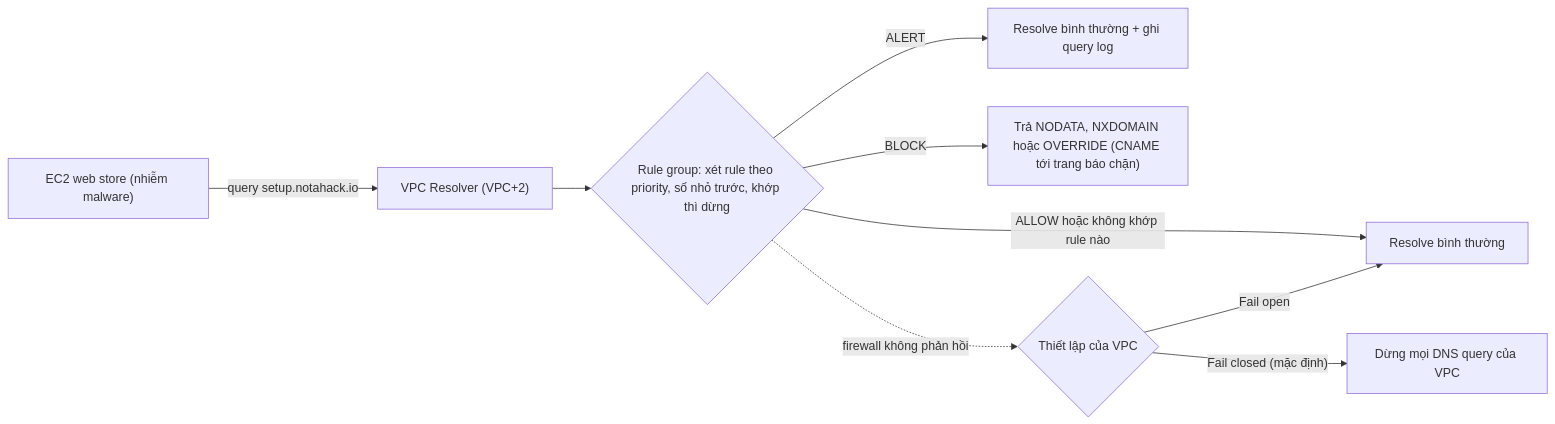
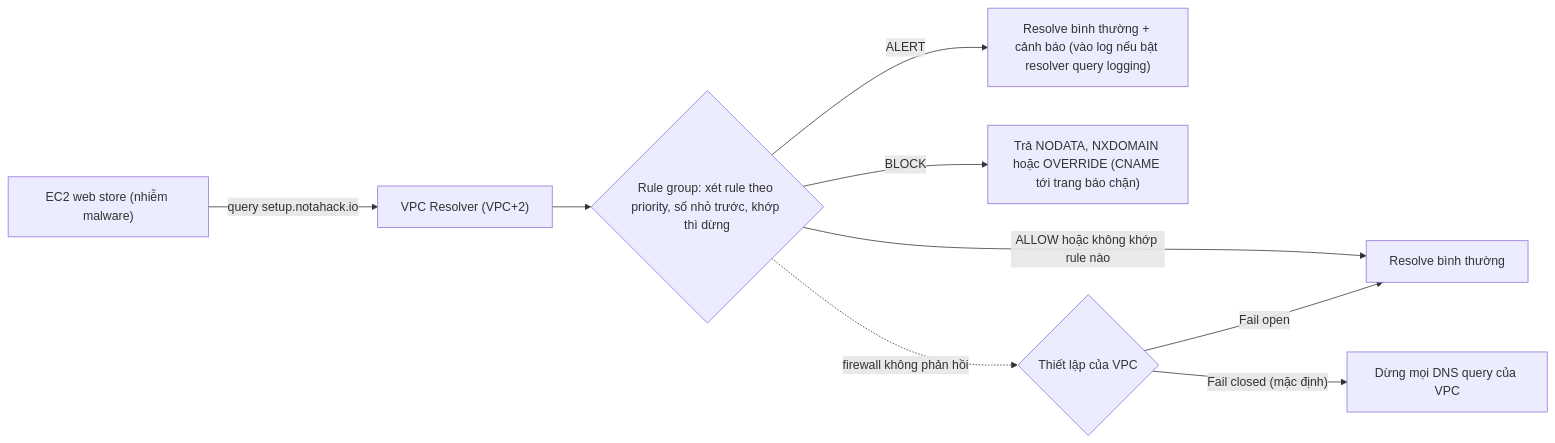
Before and after one commit to hairbui76/aws-saa-c03: the diagram in data/10 Route 53/R53 Resolver DNS Firewall.md, drawn with Mermaid. The commit also changed 3 other files, not shown here.

````diff
--- a/data/10 Route 53/R53 Resolver DNS Firewall.md
+++ b/data/10 Route 53/R53 Resolver DNS Firewall.md
@@ -41,11 +41,11 @@
 ```mermaid
 flowchart LR
     EC2["EC2 web store (nhiễm malware)"] -- "query setup.notahack.io" --> R["VPC Resolver (VPC+2)"]
     R --> RG{"Rule group: xét rule theo priority, số nhỏ trước, khớp thì dừng"}
     RG -- "ALLOW hoặc không khớp rule nào" --> OUT["Resolve bình thường"]
-    RG -- "ALERT" --> LOG["Resolve bình thường + ghi query log"]
+    RG -- "ALERT" --> LOG["Resolve bình thường + cảnh báo (vào log nếu bật resolver query logging)"]
     RG -- "BLOCK" --> B["Trả NODATA, NXDOMAIN hoặc OVERRIDE (CNAME tới trang báo chặn)"]
     RG -. "firewall không phản hồi" .-> F{"Thiết lập của VPC"}
     F -- "Fail closed (mặc định)" --> STOP["Dừng mọi DNS query của VPC"]
     F -- "Fail open" --> OUT
 ```
````
